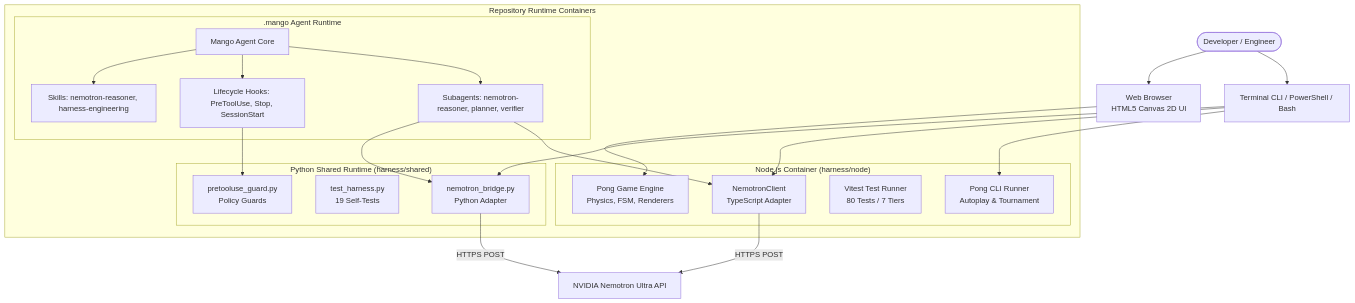
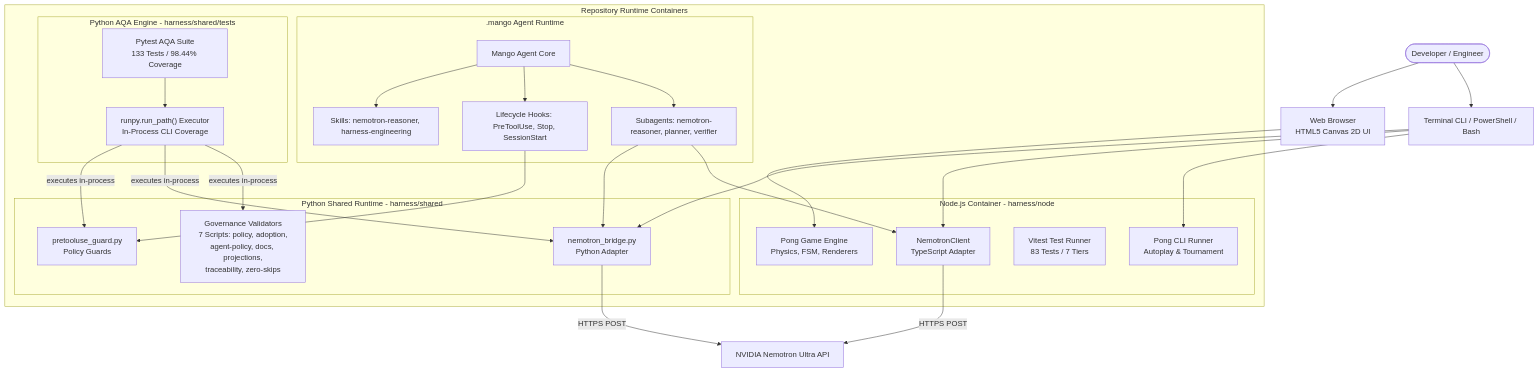
Before and after one commit to ianshank/Mango_Code_Agent-Harness: the second of 5 diagrams in harness/docs/C4_ARCHITECTURE.md, drawn with Mermaid. The commit also changed other lines of this file and 34 other files, not shown here.

Commit message:
feat(governance): v2.1.4 enterprise project organization and AQA test engine

````diff
--- a/harness/docs/C4_ARCHITECTURE.md
+++ b/harness/docs/C4_ARCHITECTURE.md
@@ -34,42 +34,51 @@
 ```mermaid
 graph TD
     User([Developer / Engineer]) --> CLI[Terminal CLI / PowerShell / Bash]
     User --> Browser[Web Browser<br/>HTML5 Canvas 2D UI]
 
     subgraph "Repository Runtime Containers"
         subgraph ".mango Agent Runtime"
             MA[Mango Agent Core]
             SubAgents[Subagents: nemotron-reasoner, planner, verifier]
             Hooks[Lifecycle Hooks: PreToolUse, Stop, SessionStart]
             Skills[Skills: nemotron-reasoner, harness-engineering]
             MA --> SubAgents
             MA --> Hooks
             MA --> Skills
         end
 
-        subgraph "Node.js Container (harness/node)"
+        subgraph "Node.js Container - harness/node"
             TSClient[NemotronClient<br/>TypeScript Adapter]
             PongEngine[Pong Game Engine<br/>Physics, FSM, Renderers]
-            VitestRunner[Vitest Test Runner<br/>80 Tests / 7 Tiers]
+            VitestRunner[Vitest Test Runner<br/>83 Tests / 7 Tiers]
             PongCli[Pong CLI Runner<br/>Autoplay & Tournament]
         end
 
-        subgraph "Python Shared Runtime (harness/shared)"
+        subgraph "Python Shared Runtime - harness/shared"
             PyBridge[nemotron_bridge.py<br/>Python Adapter]
-            HarnessTests[test_harness.py<br/>19 Self-Tests]
             GovGuards[pretooluse_guard.py<br/>Policy Guards]
+            Validators["Governance Validators<br/>7 Scripts: policy, adoption,<br/>agent-policy, docs, projections,<br/>traceability, zero-skips"]
+        end
+
+        subgraph "Python AQA Engine - harness/shared/tests"
+            AQA["Pytest AQA Suite<br/>133 Tests / 98.44% Coverage"]
+            RunpyExec["runpy.run_path() Executor<br/>In-Process CLI Coverage"]
+            AQA --> RunpyExec
+            RunpyExec -->|executes in-process| Validators
+            RunpyExec -->|executes in-process| PyBridge
+            RunpyExec -->|executes in-process| GovGuards
         end
     end
 
     CLI --> PongCli
     CLI --> TSClient
     CLI --> PyBridge
     Browser --> PongEngine
 
     SubAgents --> TSClient
     SubAgents --> PyBridge
     Hooks --> GovGuards
 
     TSClient -->|HTTPS POST| NIM[NVIDIA Nemotron Ultra API]
     PyBridge -->|HTTPS POST| NIM
 ```
````
